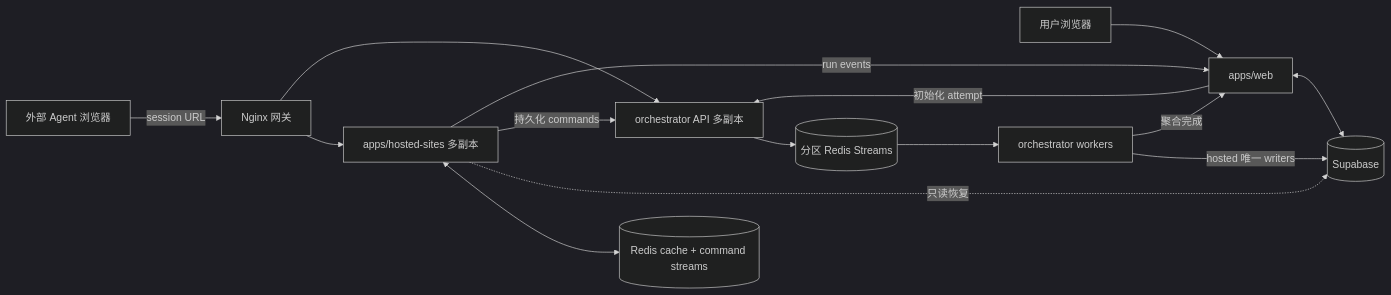
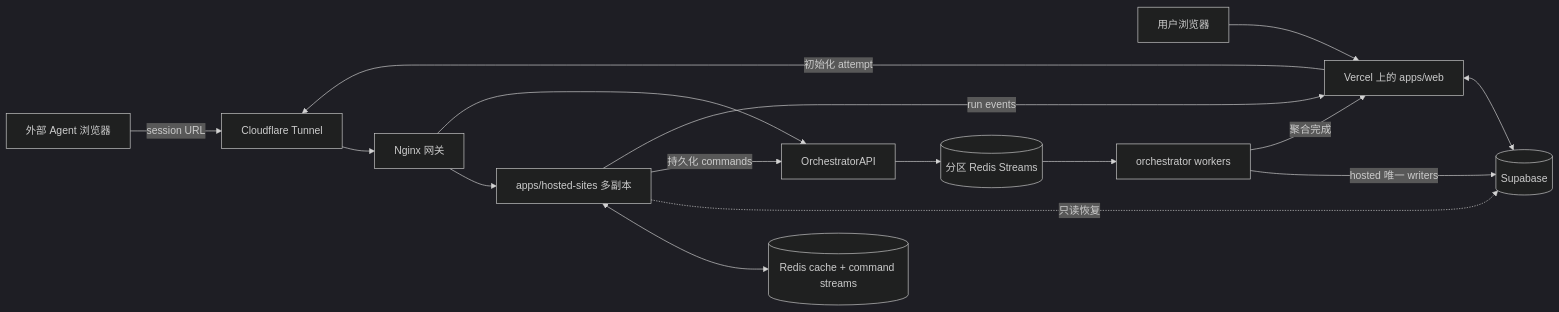
Before and after one commit to Kaiwen0418/agent-benchmark: the diagram in docs/architecture.zh-CN.md, drawn with Mermaid (dark theme). The commit also changed other lines of this file and 17 other files, not shown here.

Commit message:
docs: align architecture and roadmap with runtime (#29)

````diff
--- a/docs/architecture.zh-CN.md
+++ b/docs/architecture.zh-CN.md
@@ -9,17 +9,18 @@
 ```mermaid
 flowchart LR
-  Agent["外部 Agent 浏览器"] -->|"session URL"| Gateway["Nginx 网关"]
-  User["用户浏览器"] --> Web["apps/web"]
-  Web -->|"初始化 attempt"| OrchestratorAPI["orchestrator API 多副本"]
+  Agent["外部 Agent 浏览器"] -->|"session URL"| Edge["Cloudflare Tunnel"]
+  User["用户浏览器"] --> Web["Vercel 上的 apps/web"]
+  Web -->|"初始化 attempt"| Edge
+  Edge --> Gateway["Nginx 网关"]
   Gateway --> Sites["apps/hosted-sites 多副本"]
   Gateway --> OrchestratorAPI
   Sites <--> Redis[("Redis cache + command streams")]
   Web <--> DB[("Supabase")]
   Sites -.->|"只读恢复"| DB
   Sites -->|"持久化 commands"| OrchestratorAPI
   OrchestratorAPI --> Streams[("分区 Redis Streams")]
   Streams --> Workers["orchestrator workers"]
   Workers -->|"hosted 唯一 writers"| DB
   Sites -->|"run events"| Web
   Workers -->|"聚合完成"| Web
 ```
````
